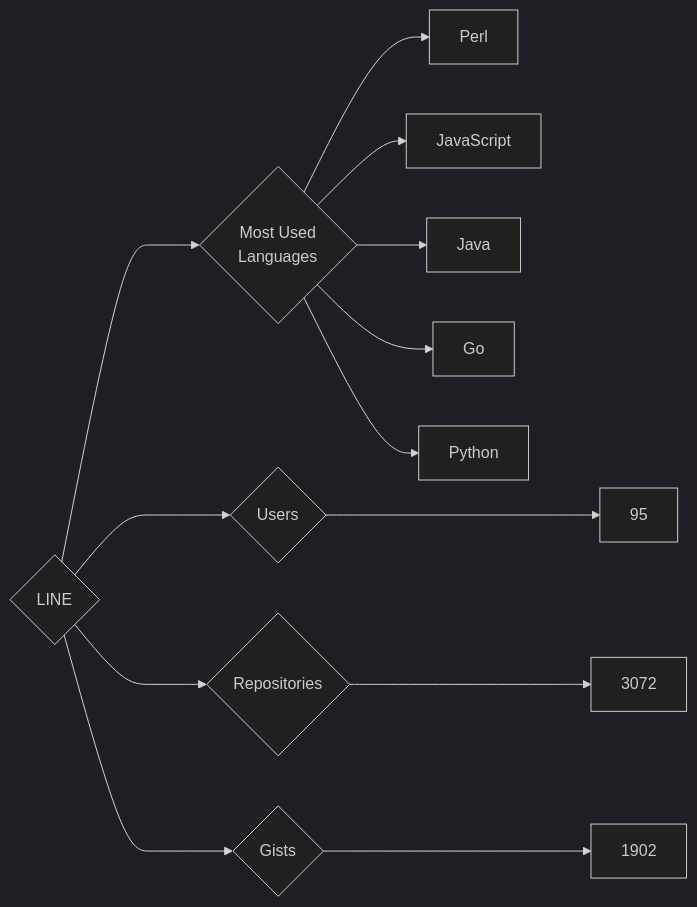
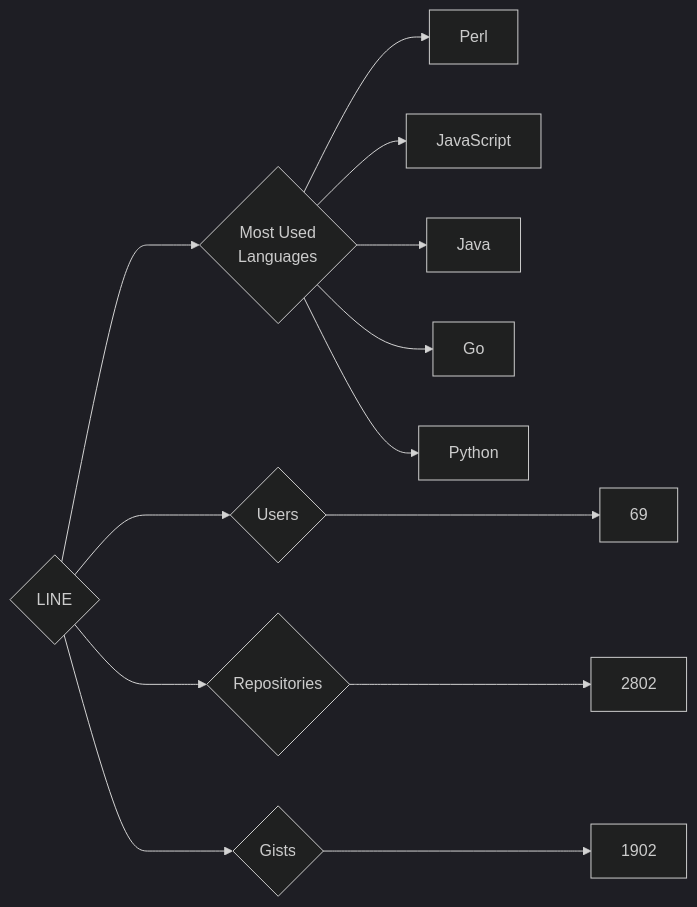
The diagram in targets/LINE/README.md (trickest/insiders), drawn with Mermaid (dark theme) before and after one commit. The commit also changed 899 other files, not shown here.

````diff
--- a/targets/LINE/README.md
+++ b/targets/LINE/README.md
@@ -3,13 +3,13 @@
 ```mermaid
 graph LR
 COMPANY_NAME{LINE}
-COMPANY_NAME ---> U{Users} ---> UN[95]
-COMPANY_NAME ---> R{Repositories} ---> RN[3072]
+COMPANY_NAME ---> U{Users} ---> UN[69]
+COMPANY_NAME ---> R{Repositories} ---> RN[2802]
 COMPANY_NAME ---> G{Gists} ---> GN[1902]
 COMPANY_NAME ---> ML{Most Used<br>Languages}
 ML --> Perl[Perl]
 ML --> JavaScript[JavaScript]
 ML --> Java[Java]
 ML --> Go[Go]
 ML --> Python[Python]
 ```
````
